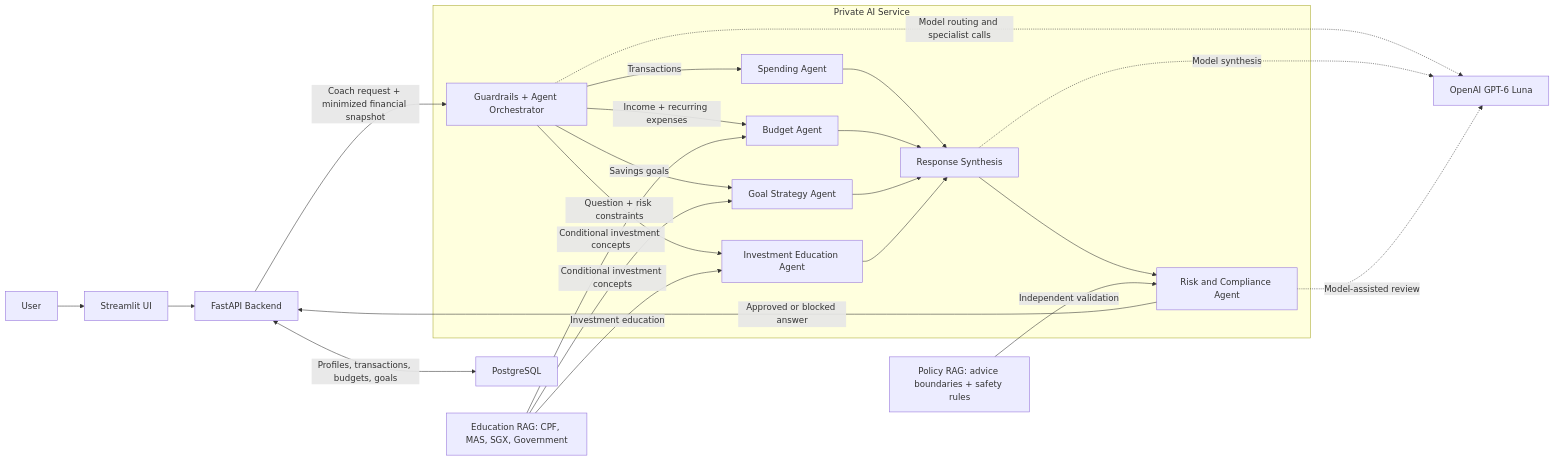
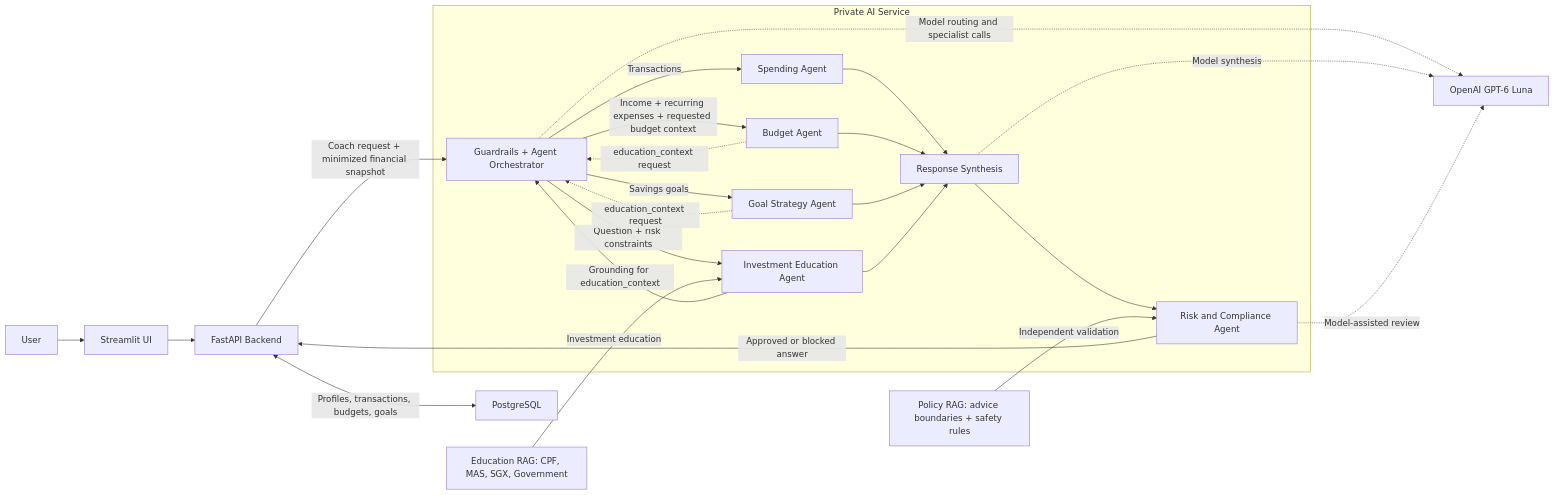
Before and after one commit to Seanleng99/nus-iss-ais-team9: the first of 2 diagrams in docs/architecture.md, drawn with Mermaid. The commit also changed other lines of this file and 49 other files, not shown here.

````diff
--- a/docs/architecture.md
+++ b/docs/architecture.md
@@ -5,37 +9,38 @@
 ```mermaid
 flowchart LR
   User["User"] --> UI["Streamlit UI"]
   UI --> Backend["FastAPI Backend"]
   Backend <-->|"Profiles, transactions, budgets, goals"| PG["PostgreSQL"]
 
   subgraph AI["Private AI Service"]
     Orchestrator["Guardrails + Agent Orchestrator"]
     Spending["Spending Agent"]
     Budget["Budget Agent"]
     Goal["Goal Strategy Agent"]
     Invest["Investment Education Agent"]
     Synthesis["Response Synthesis"]
     Compliance["Risk and Compliance Agent"]
 
     Orchestrator -->|"Transactions"| Spending
-    Orchestrator -->|"Income + recurring expenses"| Budget
+    Orchestrator -->|"Income + recurring expenses + requested budget context"| Budget
     Orchestrator -->|"Savings goals"| Goal
     Orchestrator -->|"Question + risk constraints"| Invest
+    Budget -. "education_context request" .-> Orchestrator
+    Goal -. "education_context request" .-> Orchestrator
+    Invest -->|"Grounding for education_context"| Orchestrator
     Spending --> Synthesis
     Budget --> Synthesis
     Goal --> Synthesis
     Invest --> Synthesis
     Synthesis --> Compliance
   end
 
   Backend -->|"Coach request + minimized financial snapshot"| Orchestrator
   EducationRAG["Education RAG: CPF, MAS, SGX, Government"] -->|"Investment education"| Invest
-  EducationRAG -->|"Conditional investment concepts"| Budget
-  EducationRAG -->|"Conditional investment concepts"| Goal
   PolicyRAG["Policy RAG: advice boundaries + safety rules"] -->|"Independent validation"| Compliance
   Compliance -->|"Approved or blocked answer"| Backend
 
   Orchestrator -. "Model routing and specialist calls" .-> OpenAI["OpenAI GPT-6 Luna"]
   Synthesis -. "Model synthesis" .-> OpenAI
   Compliance -. "Model-assisted review" .-> OpenAI
 ```
````
